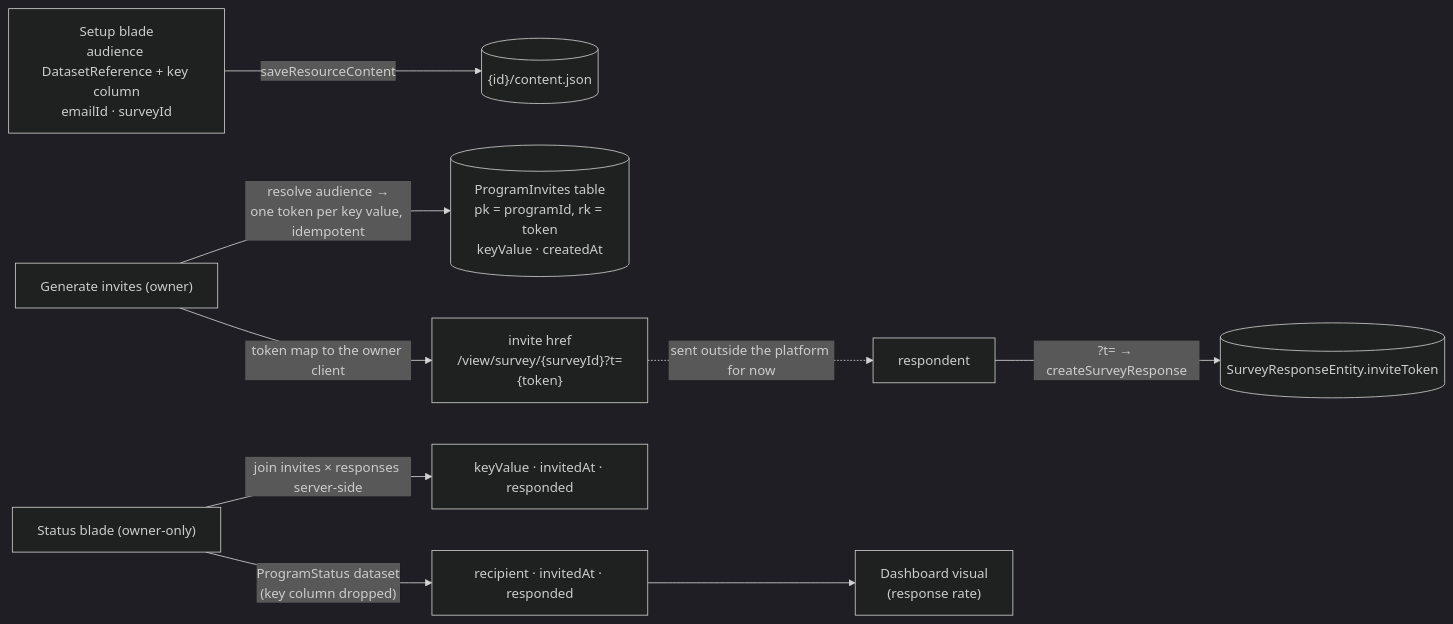
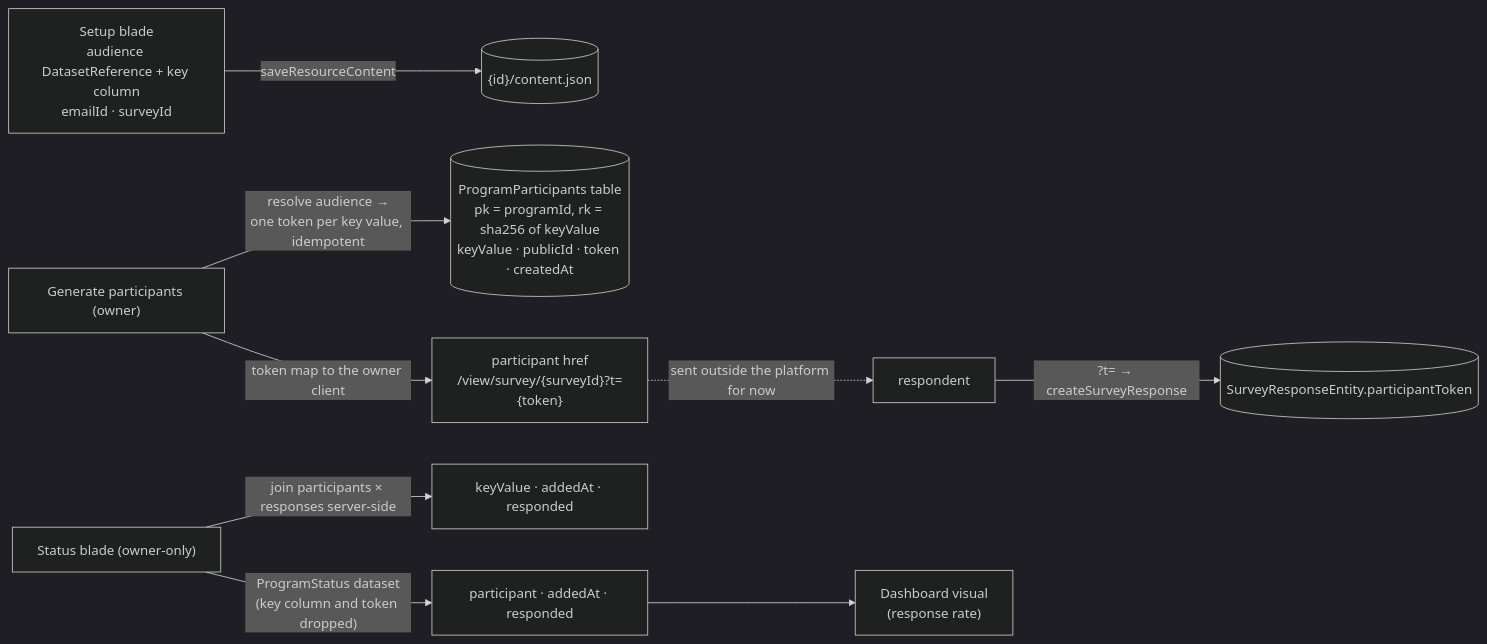
Before and after one commit to Esposter/Esposter: the diagram in packages/app/content/docs/platform/program-resource.md, drawn with Mermaid (dark theme). The commit also changed other lines of this file and 41 other files, not shown here.

First line of the commit message:
refactor(program): rename program invites to participants

````diff
--- a/packages/app/content/docs/platform/program-resource.md
+++ b/packages/app/content/docs/platform/program-resource.md
@@ -14,11 +14,11 @@
 ```mermaid
 flowchart LR
   SETUP["Setup blade<br/>audience DatasetReference + key column<br/>emailId · surveyId"] -->|saveResourceContent| BLOB[("{id}/content.json")]
-  GEN["Generate invites (owner)"] -->|"resolve audience →<br/>one token per key value, idempotent"| INV[("ProgramInvites table<br/>pk = programId, rk = token<br/>keyValue · createdAt")]
-  GEN -->|"token map to the owner client"| EXPORT["invite href<br/>/view/survey/{surveyId}?t={token}"]
+  GEN["Generate participants (owner)"] -->|"resolve audience →<br/>one token per key value, idempotent"| INV[("ProgramParticipants table<br/>pk = programId, rk = sha256 of keyValue<br/>keyValue · publicId · token · createdAt")]
+  GEN -->|"token map to the owner client"| EXPORT["participant href<br/>/view/survey/{surveyId}?t={token}"]
   EXPORT -.->|"sent outside the platform for now"| RESP["respondent"]
-  RESP -->|"?t= → createSurveyResponse"| SR[("SurveyResponseEntity.inviteToken")]
-  STATUS["Status blade (owner-only)"] -->|"join invites × responses server-side"| FUNNEL["keyValue · invitedAt · responded"]
-  STATUS -->|"ProgramStatus dataset<br/>(key column dropped)"| PUBSAFE["recipient · invitedAt · responded"]
+  RESP -->|"?t= → createSurveyResponse"| SR[("SurveyResponseEntity.participantToken")]
+  STATUS["Status blade (owner-only)"] -->|"join participants × responses server-side"| FUNNEL["keyValue · addedAt · responded"]
+  STATUS -->|"ProgramStatus dataset<br/>(key column and token dropped)"| PUBSAFE["participant · addedAt · responded"]
   PUBSAFE --> DASH["Dashboard visual<br/>(response rate)"]
 ```
````
